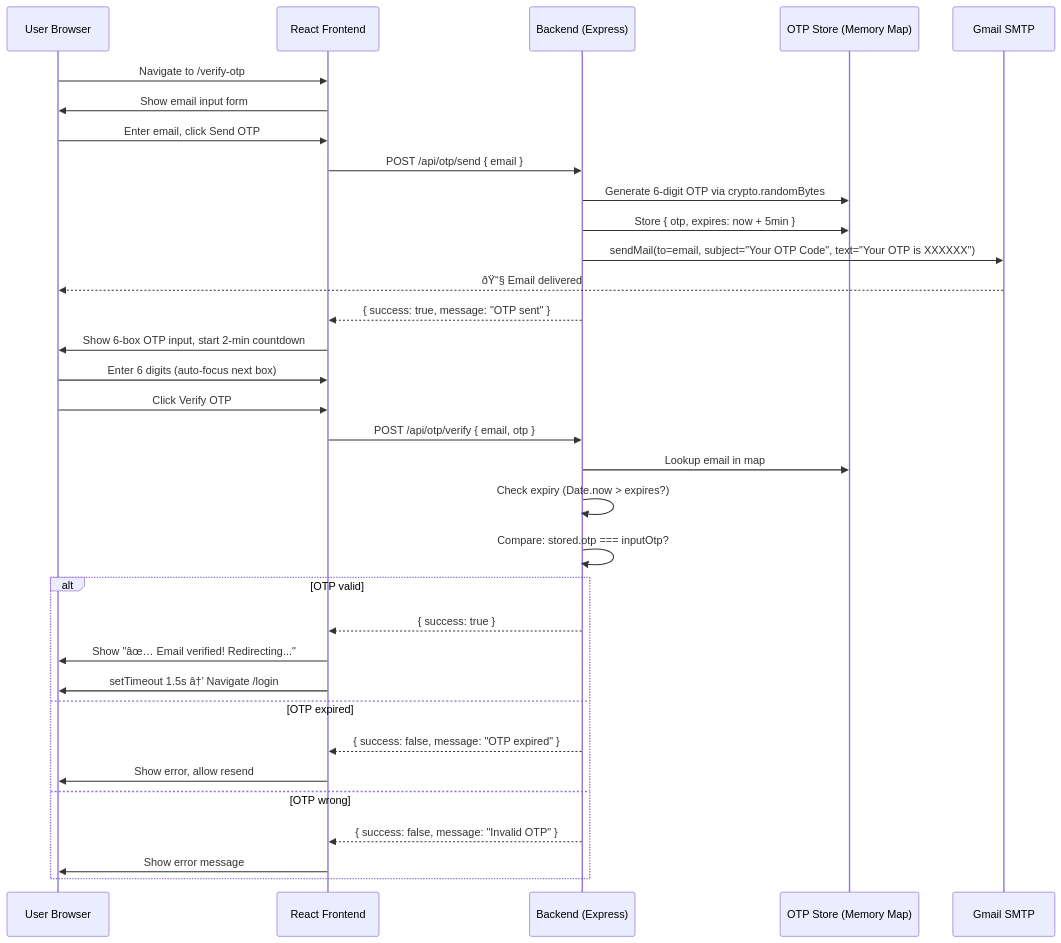
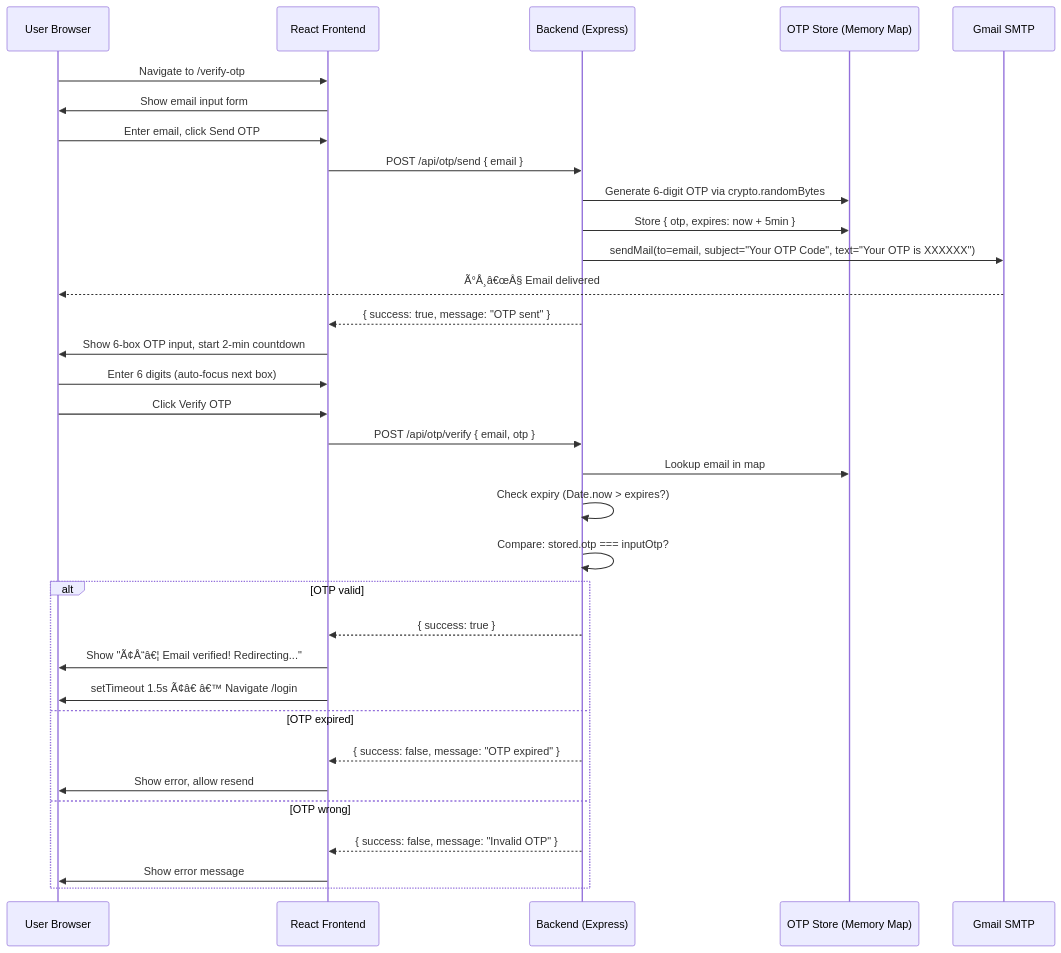
Before and after one commit to sivamaniganjerupalli/simplified-microloans: the fifth of 21 diagrams in PROCESS_FLOWS.md, drawn with Mermaid. The commit also changed other lines of this file and 14 other files, not shown here.

````diff
--- a/PROCESS_FLOWS.md
+++ b/PROCESS_FLOWS.md
@@ -166,41 +166,41 @@
 ```mermaid
 sequenceDiagram
     participant U as User Browser
     participant FE as React Frontend
     participant BE as Backend (Express)
     participant Store as OTP Store (Memory Map)
     participant SMTP as Gmail SMTP
 
     U->>FE: Navigate to /verify-otp
     FE->>U: Show email input form
     U->>FE: Enter email, click Send OTP
 
     FE->>BE: POST /api/otp/send { email }
     BE->>Store: Generate 6-digit OTP via crypto.randomBytes
     BE->>Store: Store { otp, expires: now + 5min }
     BE->>SMTP: sendMail(to=email, subject="Your OTP Code", text="Your OTP is XXXXXX")
-    SMTP-->>U: ðŸ“§ Email delivered
+    SMTP-->>U: Ã°Å¸â€œÂ§ Email delivered
 
     BE-->>FE: { success: true, message: "OTP sent" }
     FE->>U: Show 6-box OTP input, start 2-min countdown
 
     U->>FE: Enter 6 digits (auto-focus next box)
     U->>FE: Click Verify OTP
 
     FE->>BE: POST /api/otp/verify { email, otp }
     BE->>Store: Lookup email in map
     BE->>BE: Check expiry (Date.now > expires?)
     BE->>BE: Compare: stored.otp === inputOtp?
 
     alt OTP valid
         BE-->>FE: { success: true }
-        FE->>U: Show "âœ… Email verified! Redirecting..."
-        FE->>U: setTimeout 1.5s â†’ Navigate /login
+        FE->>U: Show "Ã¢Å“â€¦ Email verified! Redirecting..."
+        FE->>U: setTimeout 1.5s Ã¢â€ â€™ Navigate /login
     else OTP expired
         BE-->>FE: { success: false, message: "OTP expired" }
         FE->>U: Show error, allow resend
     else OTP wrong
         BE-->>FE: { success: false, message: "Invalid OTP" }
         FE->>U: Show error message
     end
 ```
````
